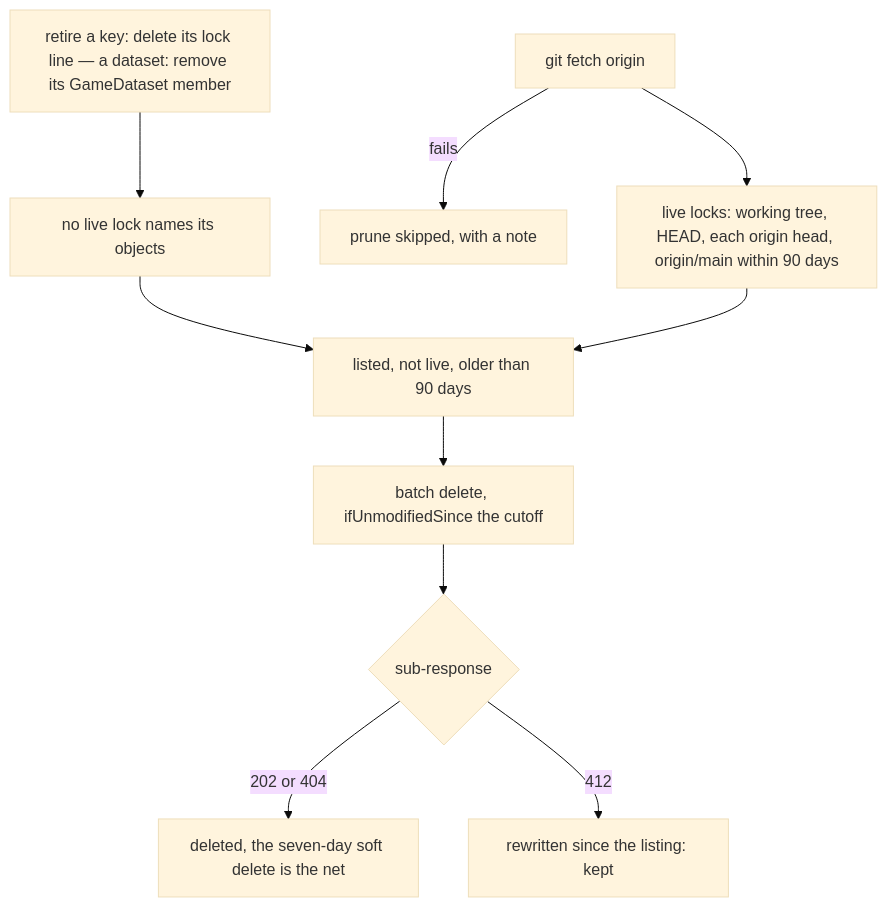
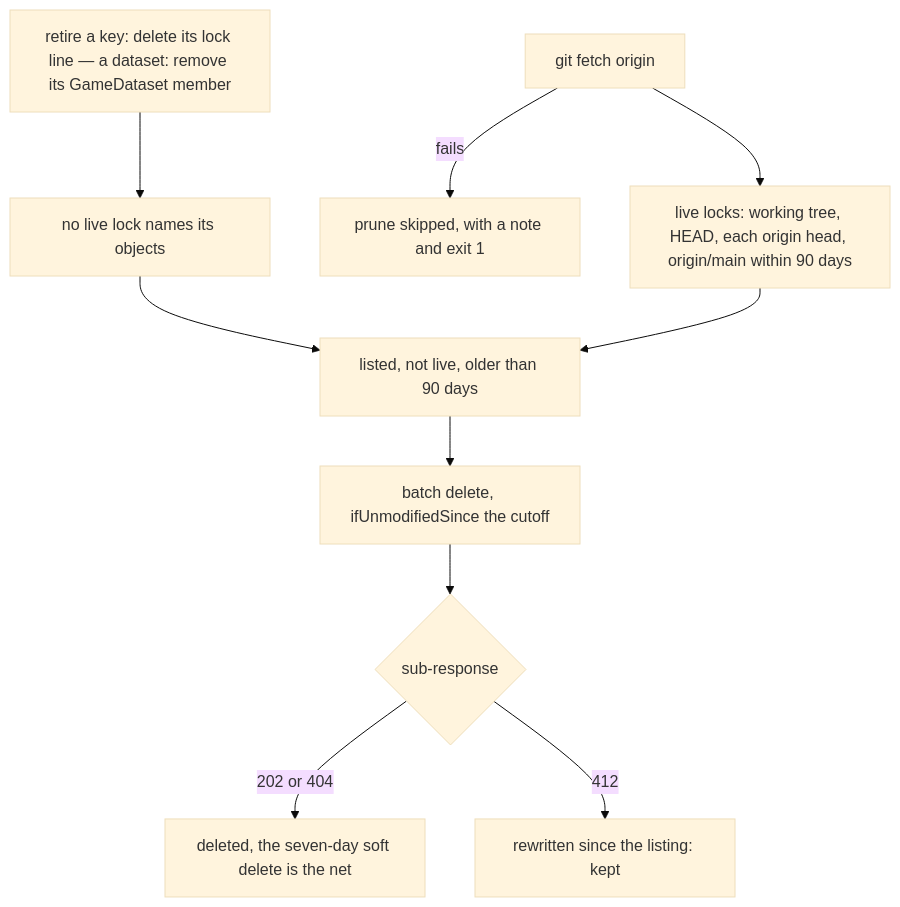
One commit to Esposter/Esposter changed the fourth of 5 diagrams in openspec/specs/genshin/hosted-game-data/design.md. Above: the diagram before and after it, drawn with Mermaid (base theme). The commit also changed 3 other files, not shown here.

First line of the commit message:
fix(scripts): a prune whose fetch fails exits 1, so a chain after it does not read it as done

````diff
--- a/openspec/specs/genshin/hosted-game-data/design.md
+++ b/openspec/specs/genshin/hosted-game-data/design.md
@@ -169,12 +169,12 @@
 ```mermaid
 flowchart TD
   Retire["retire a key: delete its lock line — a dataset: remove its GameDataset member"] --> Unreached["no live lock names its objects"]
-  Fetch["git fetch origin"] -->|fails| Skipped["prune skipped, with a note"]
+  Fetch["git fetch origin"] -->|fails| Skipped["prune skipped, with a note and exit 1"]
   Fetch --> Locks["live locks: working tree, HEAD, each origin head, origin/main within 90 days"]
   Unreached --> Candidates
   Locks --> Candidates["listed, not live, older than 90 days"]
   Candidates --> Delete["batch delete, ifUnmodifiedSince the cutoff"]
   Delete --> Outcome{"sub-response"}
   Outcome -->|"202 or 404"| Gone["deleted, the seven-day soft delete is the net"]
   Outcome -->|412| Kept["rewritten since the listing: kept"]
 ```
````
